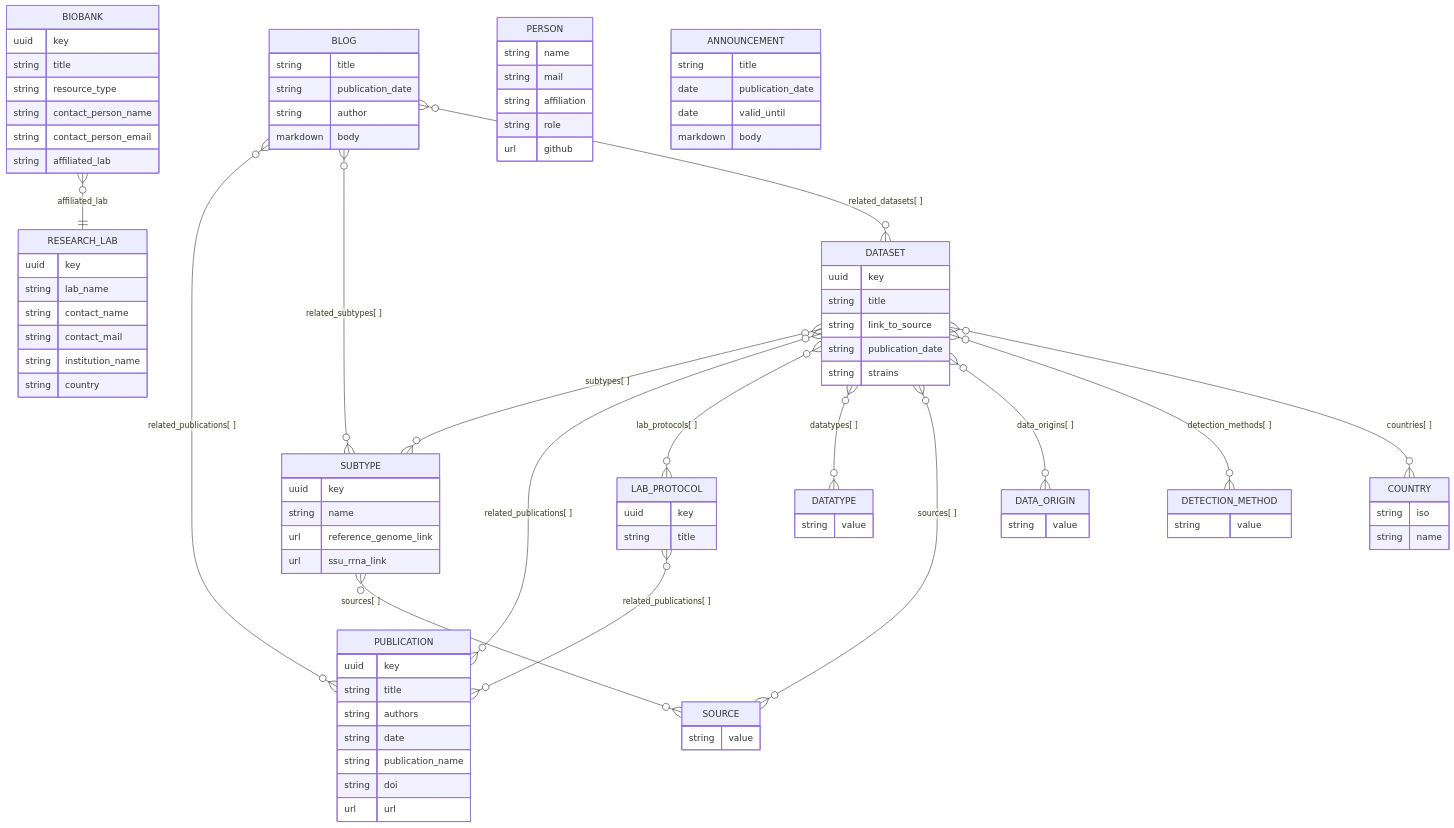
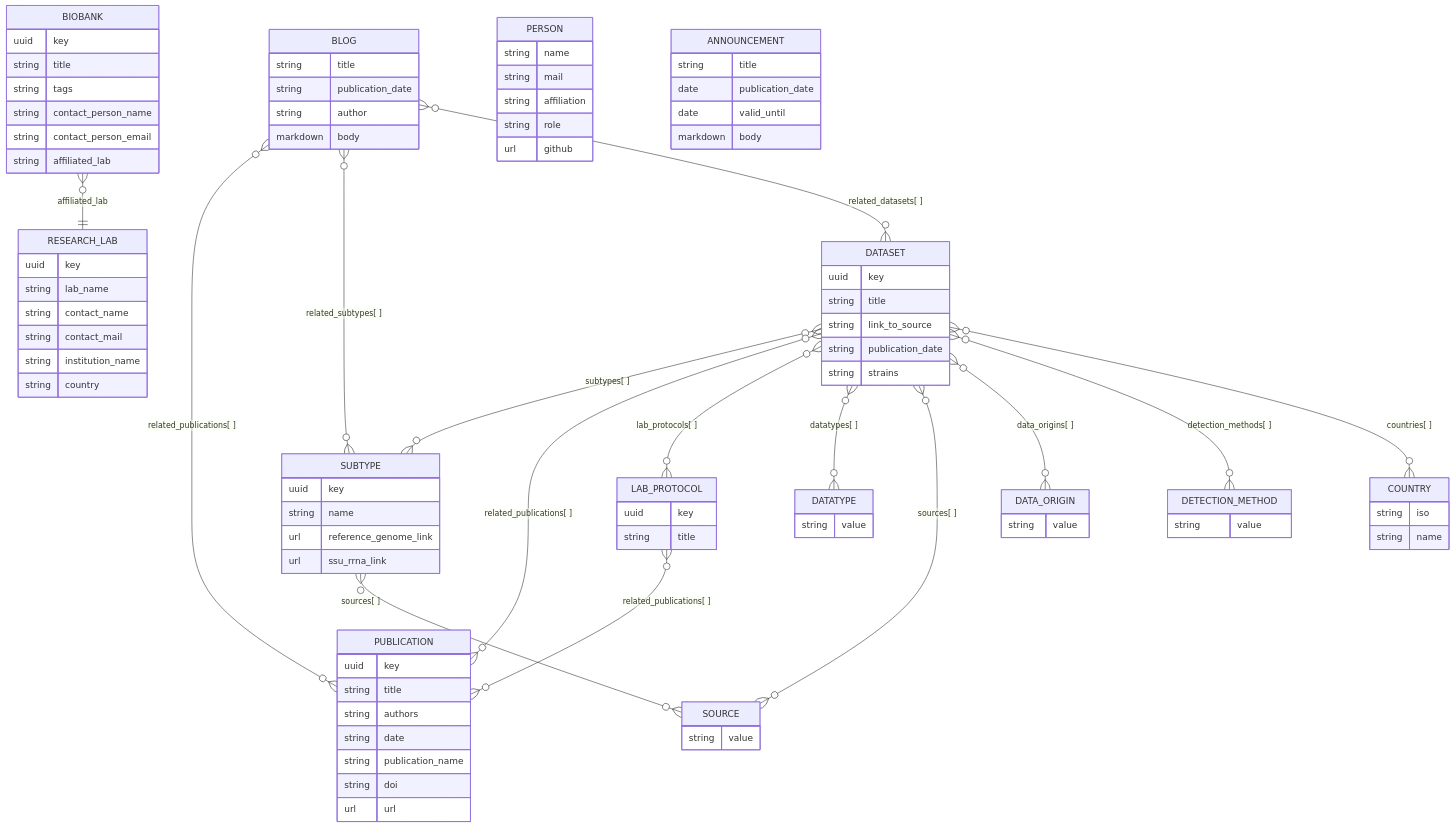
Before and after one commit to Tsaousis-Lab/blastodb: the diagram in content/documentation/technical/datastructure/index.md, drawn with Mermaid. The commit also changed 11 other files, not shown here.

```diff
--- a/content/documentation/technical/datastructure/index.md
+++ b/content/documentation/technical/datastructure/index.md
@@ -77,7 +77,7 @@
     BIOBANK {
         uuid key
         string title
-        string resource_type
+        string tags
         string contact_person_name
         string contact_person_email
         string affiliated_lab
```
